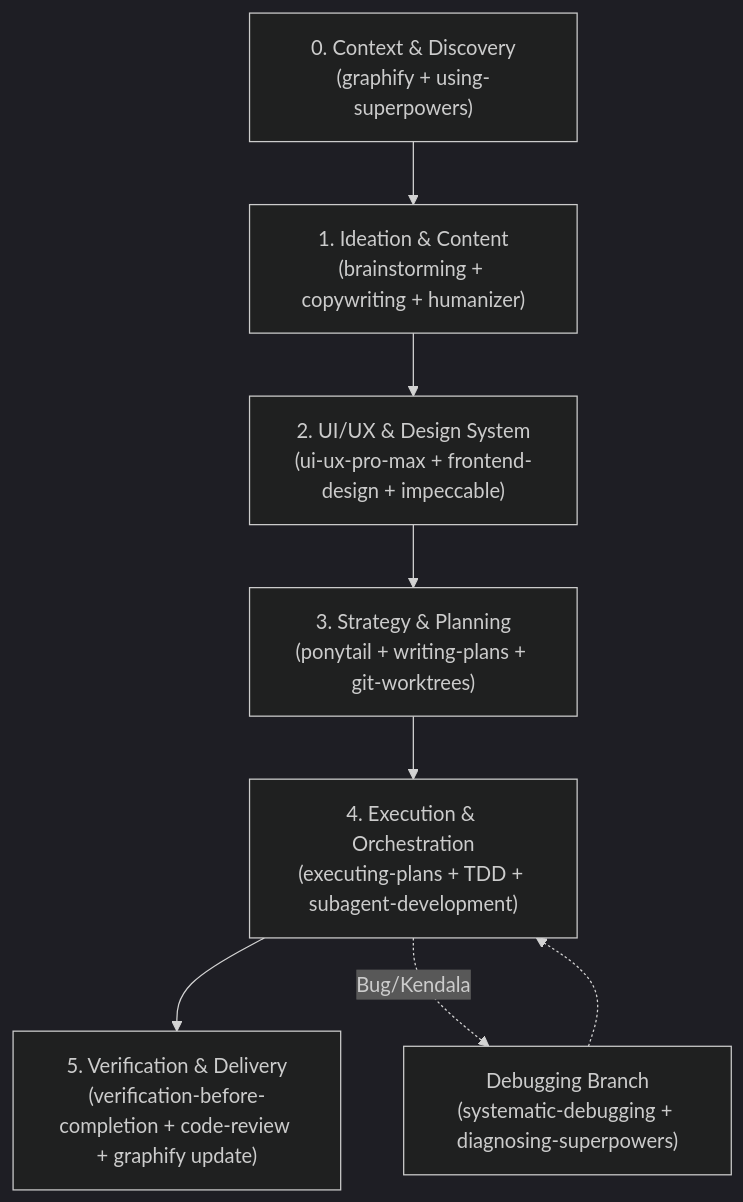
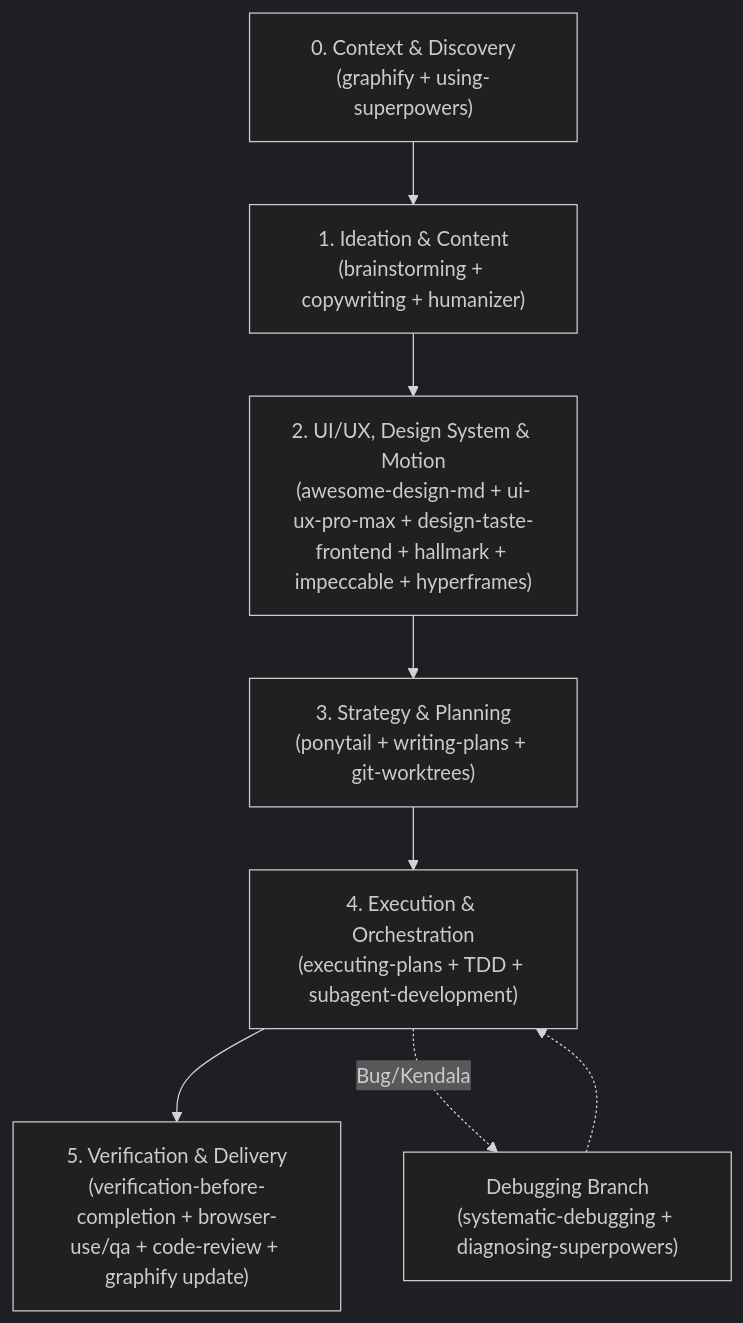
The diagram in WORKFLOW.md (Maulanahb/MyPortofolio), drawn with Mermaid (dark theme) before and after one commit. The commit also changed other lines of this file and 2 other files, not shown here.

Commit message:
chore(git): ignore graphify cache, external agent skills, and transient artifacts

````diff
--- a/WORKFLOW.md
+++ b/WORKFLOW.md
@@ -10,10 +10,10 @@
 ```mermaid
 flowchart TD
     P0["0. Context & Discovery<br/>(graphify + using-superpowers)"] --> P1["1. Ideation & Content<br/>(brainstorming + copywriting + humanizer)"]
-    P1 --> P2["2. UI/UX & Design System<br/>(ui-ux-pro-max + frontend-design + impeccable)"]
+    P1 --> P2["2. UI/UX, Design System & Motion<br/>(awesome-design-md + ui-ux-pro-max + design-taste-frontend + hallmark + impeccable + hyperframes)"]
     P2 --> P3["3. Strategy & Planning<br/>(ponytail + writing-plans + git-worktrees)"]
     P3 --> P4["4. Execution & Orchestration<br/>(executing-plans + TDD + subagent-development)"]
-    P4 --> P5["5. Verification & Delivery<br/>(verification-before-completion + code-review + graphify update)"]
+    P4 --> P5["5. Verification & Delivery<br/>(verification-before-completion + browser-use/qa + code-review + graphify update)"]
     P4 -.->|Bug/Kendala| D["Debugging Branch<br/>(systematic-debugging + diagnosing-superpowers)"]
     D -.-> P4
 ```
````
